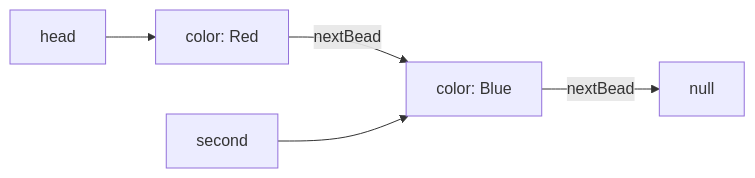
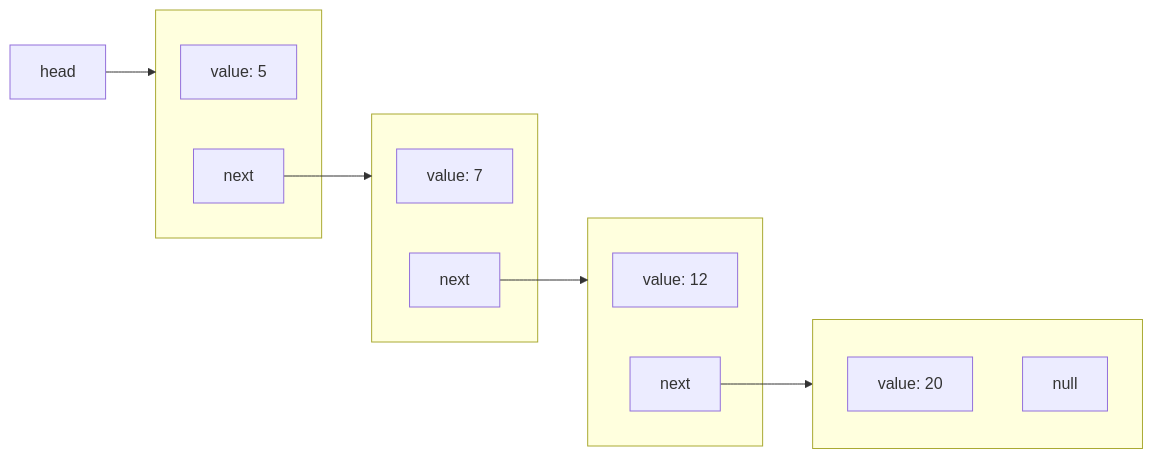
Before and after one commit to 3strategy/BeautifulMivney: the first of 2 diagrams in mivney/3node/Chapter3.md, drawn with Mermaid. The commit also changed other lines of this file, not shown here.

Commit message:
fixed ch3 mermaid

```diff
--- a/mivney/3node/Chapter3.md
+++ b/mivney/3node/Chapter3.md
@@ -94,7 +142,26 @@
 <div class="mermaid">
+
 graph LR
-    H["head"] --> A["color: Red"]
-    A -->|"nextBead"| B["color: Blue"]
-    B -->|"nextBead"| N["null"]
-    S["second"] --> B
+    subgraph A[" "]
+        A1["value: 5"]
+        A2["next"]
+    end
+    subgraph B[" "]
+        B1["value: 7"]
+        B2["next"]
+    end
+    subgraph C[" "]
+        C1["value: 12"]
+        C2["next"]
+    end
+    subgraph D[" "]
+        D1["value: 20"]
+        D2["null"]
+    end
+
+    A2 --> B
+    B2 --> C
+    C2 --> D
+    head -->A
+
 </div>
```
